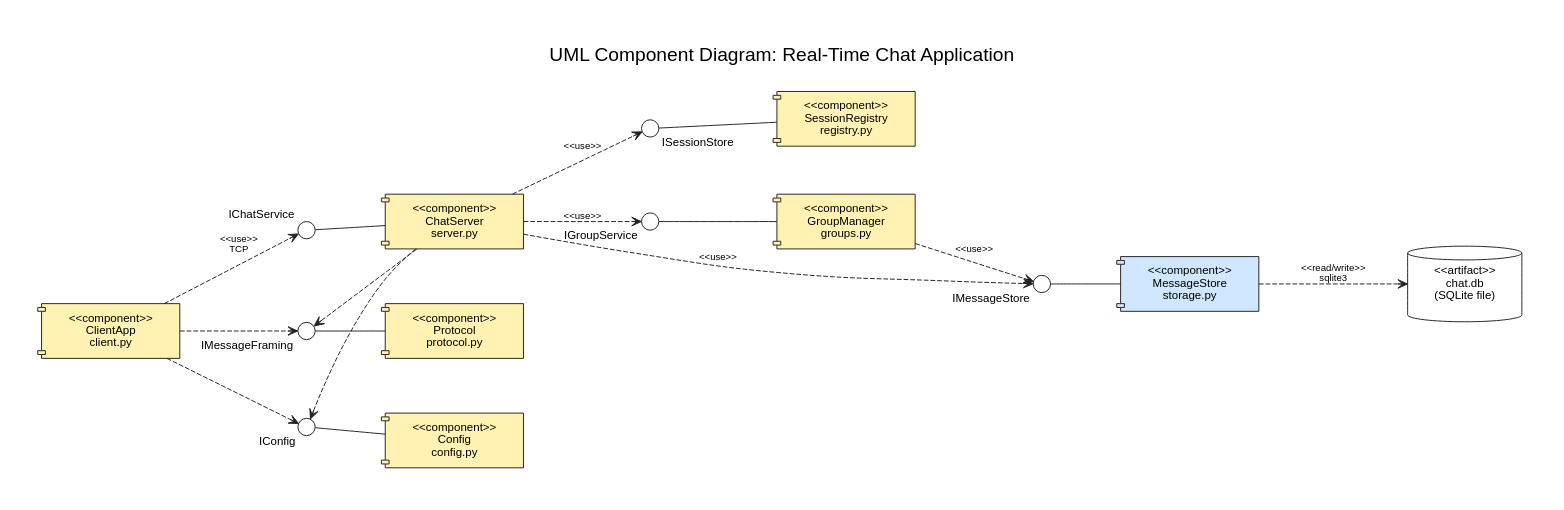
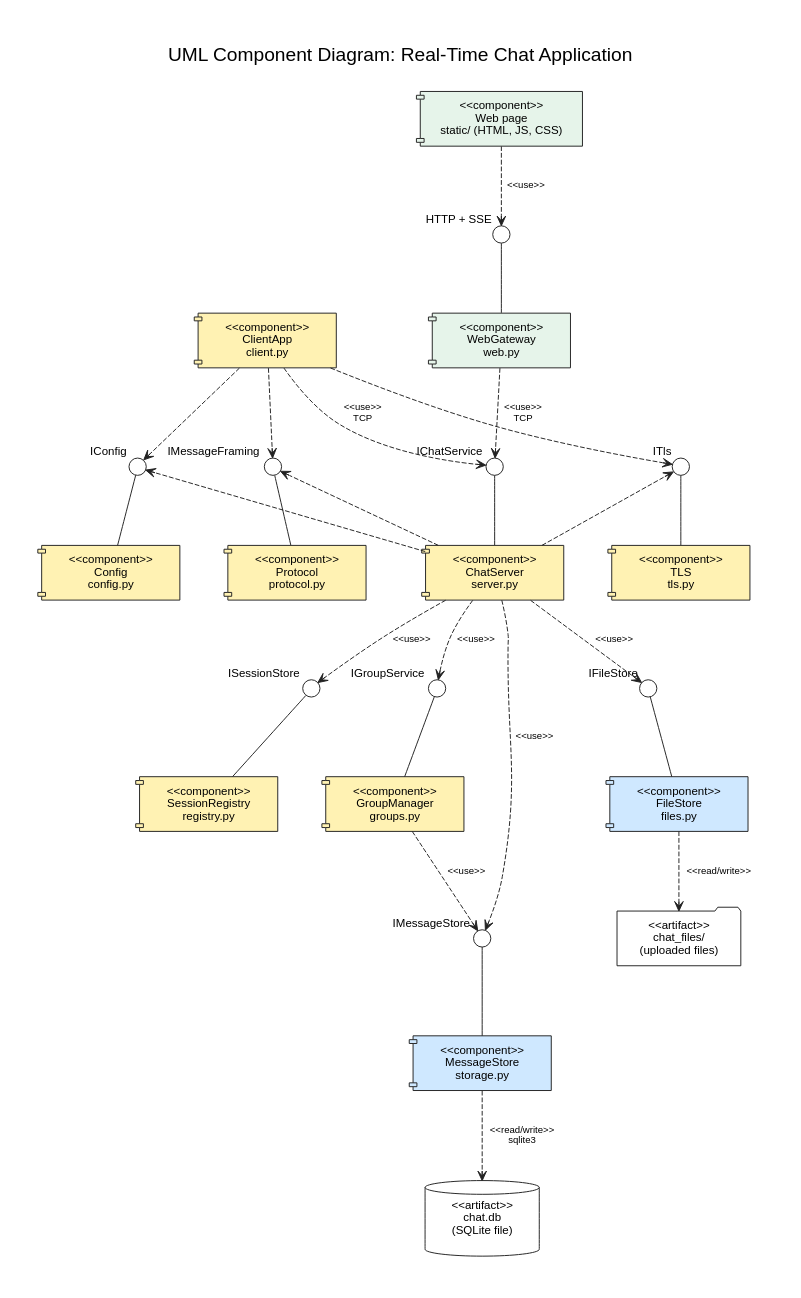
The diagram in Documents/diagrams/components.dot (Kabir7code/Chat-application-Socket-Programming-), drawn with Graphviz before and after one commit. The commit also changed 22 other files, not shown here.

```diff
--- a/Documents/diagrams/components.dot
+++ b/Documents/diagrams/components.dot
@@ -1,51 +1,74 @@
-// UML component diagram of the chat application (as built, Sprint 3: storage added, #58).
+// UML component diagram of the chat application (as built: Sprint 3 storage #58, web gateway #16, file sharing).
 // Render: dot -Tpng -Gdpi=150 components.dot -o ../Component_Diagram.png
 // Notation: box with tabs = component; circle = provided interface; dashed arrow = <<use>>.
 digraph Components {
-  graph [rankdir=LR, fontname="Helvetica", fontsize=20, labelloc=t, pad=0.5, nodesep=0.7, ranksep=1.0, bgcolor=white, newrank=true,
+  graph [rankdir=TB, fontname="Helvetica", fontsize=20, labelloc=t, pad=0.5, nodesep=0.7, ranksep=1.0, bgcolor=white, newrank=true,
          label="UML Component Diagram: Real-Time Chat Application\n "];
   node  [shape=component, style=filled, fillcolor="#FFF2B3", fontname="Helvetica", fontsize=12, color="#222222", margin="0.25,0.12", width=1.9];
   edge  [fontname="Helvetica", fontsize=10, color="#222222"];
 
   ClientApp [label="<<component>>\nClientApp\nclient.py"];
   IChat     [shape=circle, label="", width=0.25, fixedsize=true, fillcolor="#FFFFFF", xlabel="IChatService"];
   Server    [label="<<component>>\nChatServer\nserver.py"];
   ISession  [shape=circle, label="", width=0.25, fixedsize=true, fillcolor="#FFFFFF", xlabel="ISessionStore"];
   Registry  [label="<<component>>\nSessionRegistry\nregistry.py"];
 
   Protocol  [label="<<component>>\nProtocol\nprotocol.py"];
   IFraming  [shape=circle, label="", width=0.25, fixedsize=true, fillcolor="#FFFFFF", xlabel="IMessageFraming"];
   Config    [label="<<component>>\nConfig\nconfig.py"];
   IConfig   [shape=circle, label="", width=0.25, fixedsize=true, fillcolor="#FFFFFF", xlabel="IConfig"];
 
   // main row: client -> server -> registry
   Groups    [label="<<component>>\nGroupManager\ngroups.py"];
   IGroups   [shape=circle, label="", width=0.25, fixedsize=true, fillcolor="#FFFFFF", xlabel="IGroupService"];
   Storage   [label="<<component>>\nMessageStore\nstorage.py", fillcolor="#CFE8FF"];
   IStore    [shape=circle, label="", width=0.25, fixedsize=true, fillcolor="#FFFFFF", xlabel="IMessageStore"];
+  Files     [label="<<component>>\nFileStore\nfiles.py", fillcolor="#CFE8FF"];
+  IFiles    [shape=circle, label="", width=0.25, fixedsize=true, fillcolor="#FFFFFF", xlabel="IFileStore"];
+  Folder    [shape=folder, label="<<artifact>>\nchat_files/\n(uploaded files)", fillcolor="#FFFFFF", width=1.5];
+  Browser   [label="<<component>>\nWeb page\nstatic/ (HTML, JS, CSS)", fillcolor="#E6F4EA"];
+  IHttp     [shape=circle, label="", width=0.25, fixedsize=true, fillcolor="#FFFFFF", xlabel="HTTP + SSE"];
+  Gateway   [label="<<component>>\nWebGateway\nweb.py", fillcolor="#E6F4EA"];
+  Tls       [label="<<component>>\nTLS\ntls.py"];
+  ITls      [shape=circle, label="", width=0.25, fixedsize=true, fillcolor="#FFFFFF", xlabel="ITls"];
   Database  [shape=cylinder, label="<<artifact>>\nchat.db\n(SQLite file)", fillcolor="#FFFFFF", width=1.5];
 
   ClientApp -> IChat    [style=dashed, arrowhead=open, label="<<use>>\nTCP"];
   IChat     -> Server   [arrowhead=none];
   Server    -> ISession [style=dashed, arrowhead=open, label="<<use>>"];
   ISession  -> Registry [arrowhead=none];
 
   // Sprint 3: everything that must survive a restart goes through MessageStore
   Server    -> IGroups  [style=dashed, arrowhead=open, label="<<use>>"];
   IGroups   -> Groups   [arrowhead=none];
   Server    -> IStore   [style=dashed, arrowhead=open, label="<<use>>"];
   Groups    -> IStore   [style=dashed, arrowhead=open, label="<<use>>"];
   IStore    -> Storage  [arrowhead=none];
   Storage   -> Database [style=dashed, arrowhead=open, label="<<read/write>>\nsqlite3"];
 
+  // file sharing: uploads are kept in a folder next to chat.db
+  Server    -> IFiles   [style=dashed, arrowhead=open, label="<<use>>"];
+  IFiles    -> Files    [arrowhead=none];
+  Files     -> Folder   [style=dashed, arrowhead=open, label="<<read/write>>"];
+
+  // web UI (#16): the browser talks HTTP to the gateway, which is one more chat client
+  Browser   -> IHttp    [style=dashed, arrowhead=open, label="<<use>>"];
+  IHttp     -> Gateway  [arrowhead=none];
+  Gateway   -> IChat    [style=dashed, arrowhead=open, label="<<use>>\nTCP"];
+
   // shared library, used by client and server
   IFraming -> Protocol [arrowhead=none];
   IConfig  -> Config   [arrowhead=none];
   ClientApp -> IFraming [style=dashed, arrowhead=open];
   Server    -> IFraming [style=dashed, arrowhead=open, constraint=false];
   ClientApp -> IConfig  [style=dashed, arrowhead=open];
   Server    -> IConfig  [style=dashed, arrowhead=open, constraint=false];
 
-  {rank=same; IChat; IFraming; IConfig}
-  {rank=same; Server; Protocol; Config}
+  ITls     -> Tls      [arrowhead=none];
+  ClientApp -> ITls     [style=dashed, arrowhead=open, constraint=false];
+  Server    -> ITls     [style=dashed, arrowhead=open, constraint=false];
+
+  {rank=same; ClientApp; Gateway}
+  {rank=same; IChat; IFraming; IConfig; ITls}
+  {rank=same; Server; Protocol; Config; Tls}
 }
```
